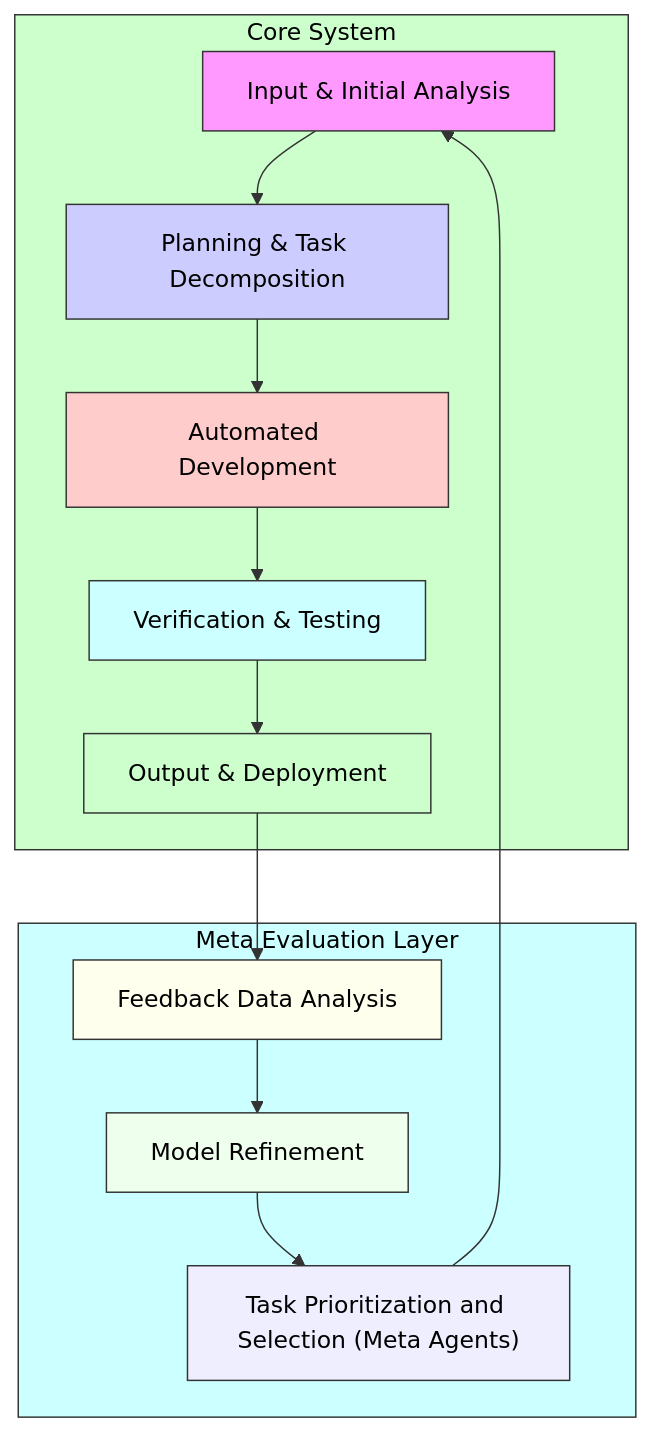
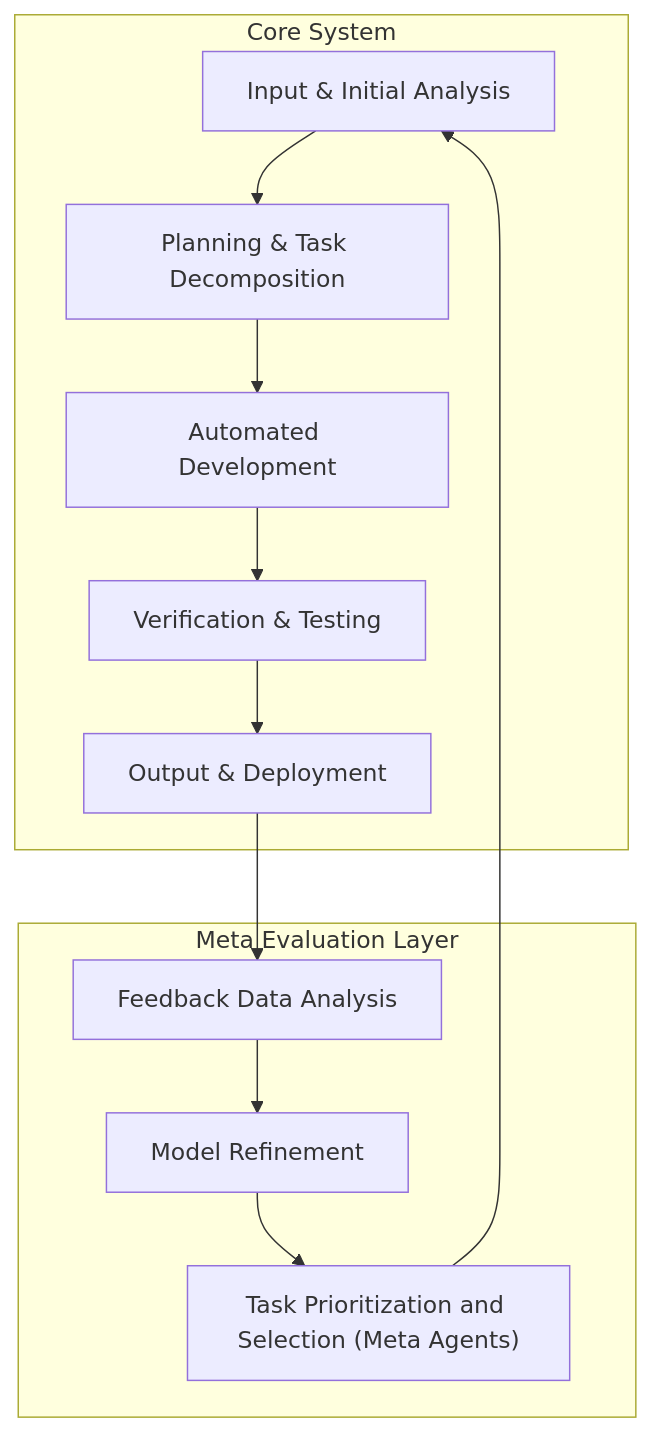
Before and after one commit to nshkrdotcom/EADS: the second of 3 diagrams in docs/EADS-20241211-1.md, drawn with Mermaid. The commit also changed other lines of this file and 1 other file, not shown here.

````diff
--- a/docs/EADS-20241211-1.md
+++ b/docs/EADS-20241211-1.md
@@ -133,39 +126,26 @@
 ```mermaid
 graph 
     subgraph CS["Core System"]
         A["Input & Initial Analysis"]
         B["Planning & Task Decomposition"]
         C["Automated Development"]
         D["Verification & Testing"]
         E["Output & Deployment"]
     end
 
     subgraph MEL["Meta Evaluation Layer"]
         F["Feedback Data Analysis"]
         G["Model Refinement"]
         H["Task Prioritization and Selection (Meta Agents)"]
     end
 
     A --> B
     B --> C
     C --> D
     D --> E
 
     E --> F
     F --> G
     G --> H
     H --> A
-
-    style A fill:#f9f,stroke:#333,stroke-width:1px,color:#000
-    style B fill:#ccf,stroke:#333,stroke-width:1px,color:#000
-    style C fill:#fcc,stroke:#333,stroke-width:1px,color:#000
-    style D fill:#cff,stroke:#333,stroke-width:1px,color:#000
-    style E fill:#cfc,stroke:#333,stroke-width:1px,color:#000
-
-    style F fill:#ffe,stroke:#333,stroke-width:1px,color:#000
-    style G fill:#efe,stroke:#333,stroke-width:1px,color:#000
-    style H fill:#eef,stroke:#333,stroke-width:1px,color:#000
-
-    style CS fill:#cfc,stroke:#333,stroke-width:1px,color:#000
-    style MEL fill:#cff,stroke:#333,stroke-width:1px,color:#000
 ```
````
